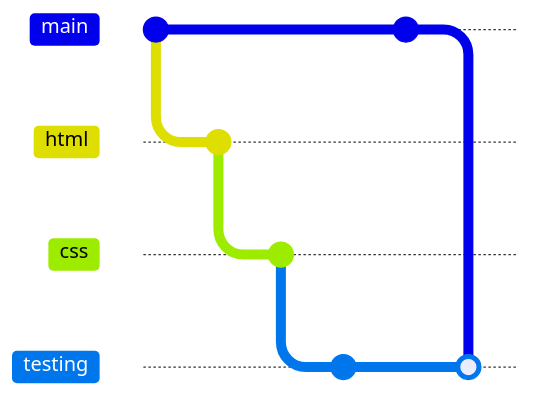
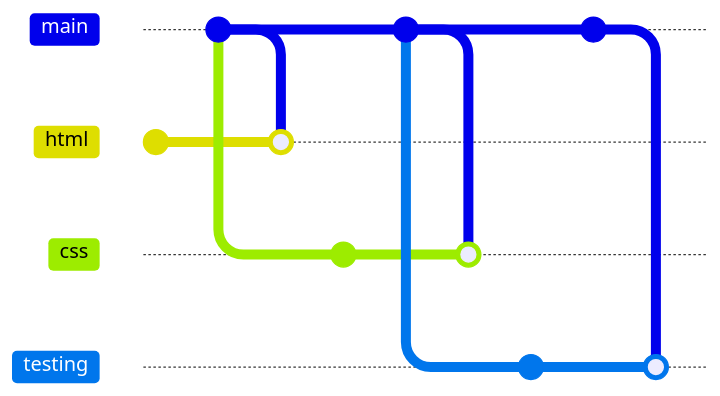
One commit to fac26/todo-list--karol-konstantina changed the first of 2 diagrams in README.md. Above: the diagram before and after it, drawn with Mermaid. The commit also changed other lines of this file, not shown here. Commit ids are hidden.

Commit message:
Changed git graph

````diff
--- a/README.md
+++ b/README.md
@@ -15,17 +15,25 @@
 ```mermaid
     gitGraph
+        branch html
         commit
-        branch html
+        checkout main
+        commit
         checkout html
+        merge main
+        checkout main
+        branch css
         commit
-        branch css
+        checkout main
+        commit
         checkout css
-        commit
+        merge main
+        checkout main
         branch testing
-        checkout testing
         commit
         checkout main
         commit
         checkout testing
         merge main
+        checkout main
+        
  ```
````
